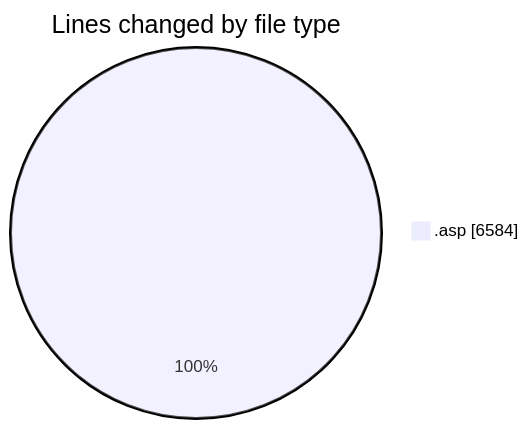
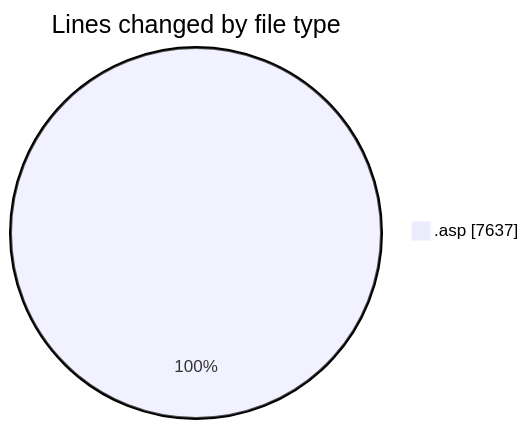
Before and after one commit to julien-gomy/code-tracking: the first of 2 diagrams in 2025-10-31/cdp_aleoudev_fr__workspace_/README.md, drawn with Mermaid. The commit also changed other lines of this file and 1 other file, not shown here.

````diff
--- a/2025-10-31/cdp_aleoudev_fr__workspace_/README.md
+++ b/2025-10-31/cdp_aleoudev_fr__workspace_/README.md
@@ -24,5 +25,5 @@
 ```mermaid
 pie showData
 title Lines changed by file type
-".asp" : 6584
+".asp" : 7637
 ```
````
